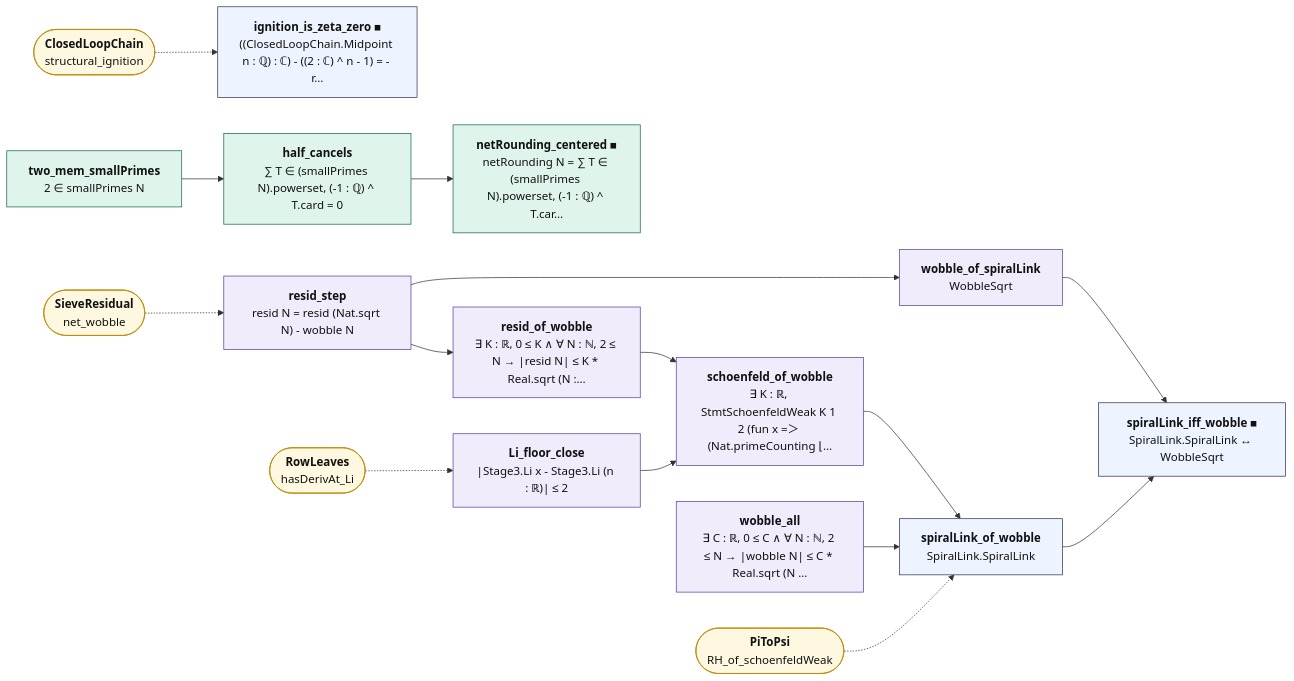
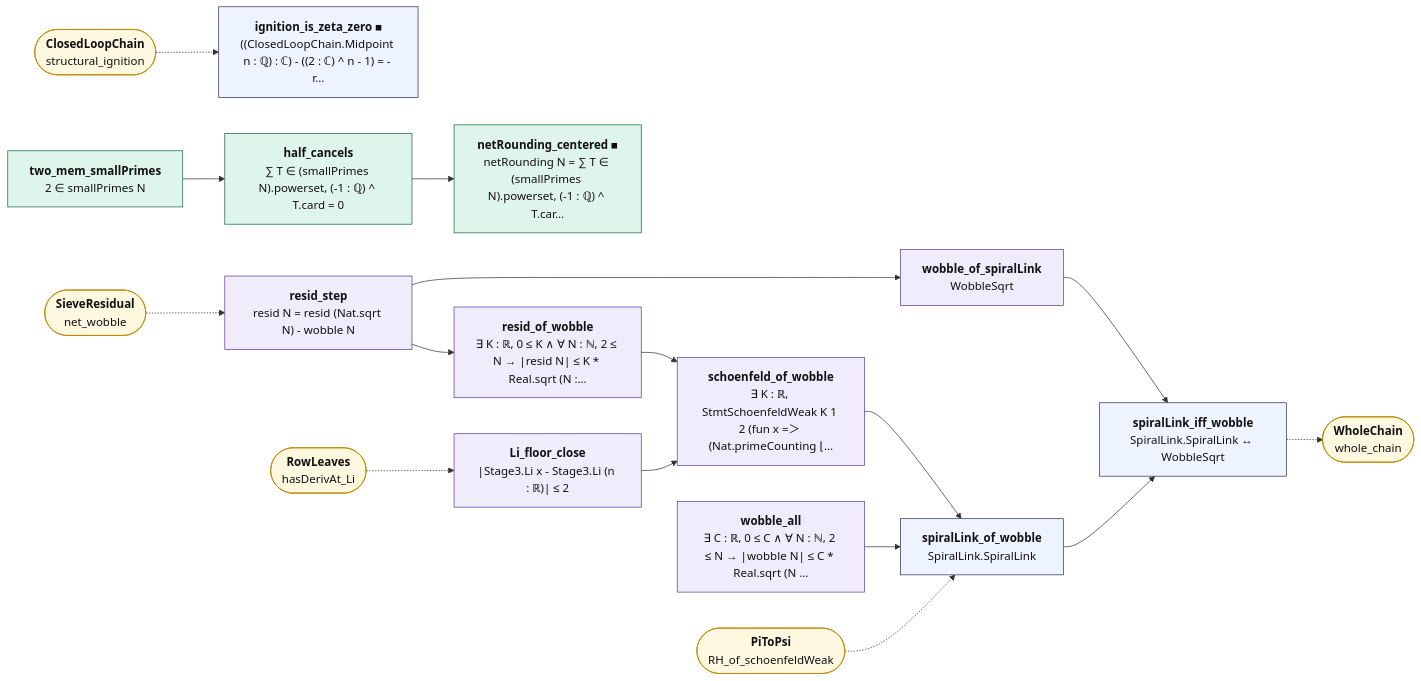
Before and after one commit to juliansambranojr/Primebeat_081426: the diagram in map/lean_stage3/HalfSieve.md, drawn with Mermaid. The commit also changed other lines of this file and 57 other files, not shown here.

````diff
--- a/map/lean_stage3/HalfSieve.md
+++ b/map/lean_stage3/HalfSieve.md
@@ -14,41 +14,43 @@
 ```mermaid
 flowchart LR
   n0["<b>ignition_is_zeta_zero ■</b><br/>((ClosedLoopChain.Midpoint n : ℚ) : ℂ) - ((2 : ℂ) ^ n - 1) = - r…"]:::thm
   n1["<b>two_mem_smallPrimes</b><br/>2 ∈ smallPrimes N"]:::cnt
   n2["<b>half_cancels</b><br/>∑ T ∈ (smallPrimes N).powerset, (-1 : ℚ) ^ T.card = 0"]:::cnt
   n3["<b>netRounding_centered ■</b><br/>netRounding N = ∑ T ∈ (smallPrimes N).powerset, (-1 : ℚ) ^ T.car…"]:::cnt
   n4["<b>resid_step</b><br/>resid N = resid (Nat.sqrt N) - wobble N"]:::shp
   n5["<b>resid_of_wobble</b><br/>∃ K : ℝ, 0 ≤ K ∧ ∀ N : ℕ, 2 ≤ N → |resid N| ≤ K * Real.sqrt (N :…"]:::shp
   n6["<b>Li_floor_close</b><br/>|Stage3.Li x - Stage3.Li (n : ℝ)| ≤ 2"]:::shp
   n7["<b>schoenfeld_of_wobble</b><br/>∃ K : ℝ, StmtSchoenfeldWeak K 1 2 (fun x =＞ (Nat.primeCounting ⌊…"]:::shp
   n8["<b>wobble_all</b><br/>∃ C : ℝ, 0 ≤ C ∧ ∀ N : ℕ, 2 ≤ N → |wobble N| ≤ C * Real.sqrt (N …"]:::shp
   n9["<b>spiralLink_of_wobble</b><br/>SpiralLink.SpiralLink"]:::thm
   n10["<b>wobble_of_spiralLink</b><br/>WobbleSqrt"]:::shp
-  n11["<b>spiralLink_iff_wobble ■</b><br/>SpiralLink.SpiralLink ↔ WobbleSqrt"]:::thm
+  n11["<b>spiralLink_iff_wobble</b><br/>SpiralLink.SpiralLink ↔ WobbleSqrt"]:::thm
   x0(["<b>ClosedLoopChain</b><br/>structural_ignition"]):::ext
   x1(["<b>SieveResidual</b><br/>net_wobble"]):::ext
   x2(["<b>RowLeaves</b><br/>hasDerivAt_Li"]):::ext
   x3(["<b>PiToPsi</b><br/>RH_of_schoenfeldWeak"]):::ext
+  x4(["<b>WholeChain</b><br/>whole_chain"]):::ext
   n1 --> n2
   n10 --> n11
   n2 --> n3
   n4 --> n10
   n4 --> n5
   n5 --> n7
   n6 --> n7
   n7 --> n9
   n8 --> n9
   n9 --> n11
+  n11 -.-> x4
   x0 -.-> n0
   x1 -.-> n4
   x2 -.-> n6
   x3 -.-> n9
   classDef cnt fill:#dff5ec,stroke:#17694a,color:#111
   classDef shp fill:#f1ecfb,stroke:#5b3fa0,color:#111
   classDef rh fill:#ffe5e5,stroke:#c22,color:#111,stroke-width:2px
   classDef thm fill:#eef4ff,stroke:#335,color:#111
   classDef end_ fill:#e7f7e7,stroke:#2a7,color:#111,stroke-width:2px
   classDef lone fill:#fff,stroke:#999,color:#111,stroke-dasharray:4 3
   classDef bad fill:#ffe5e5,stroke:#c22,color:#111,stroke-width:2px
   classDef ext fill:#fff8e1,stroke:#b80,color:#111
 ```
````
